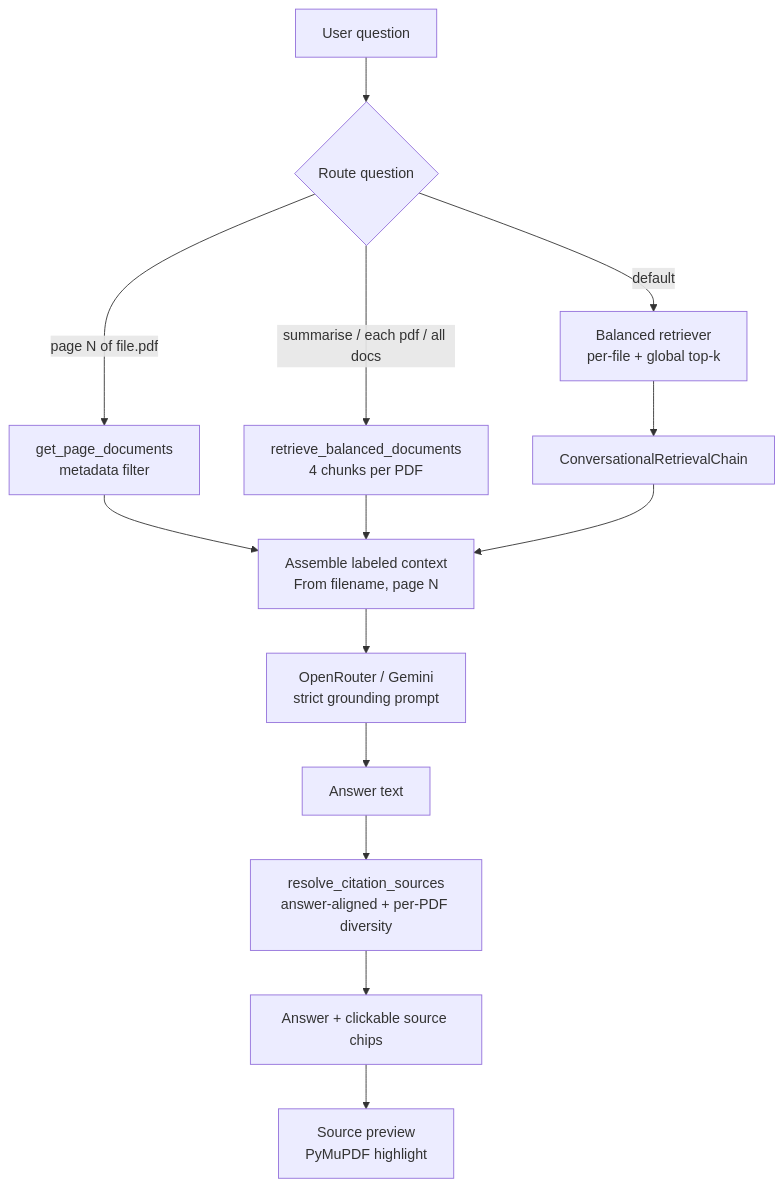
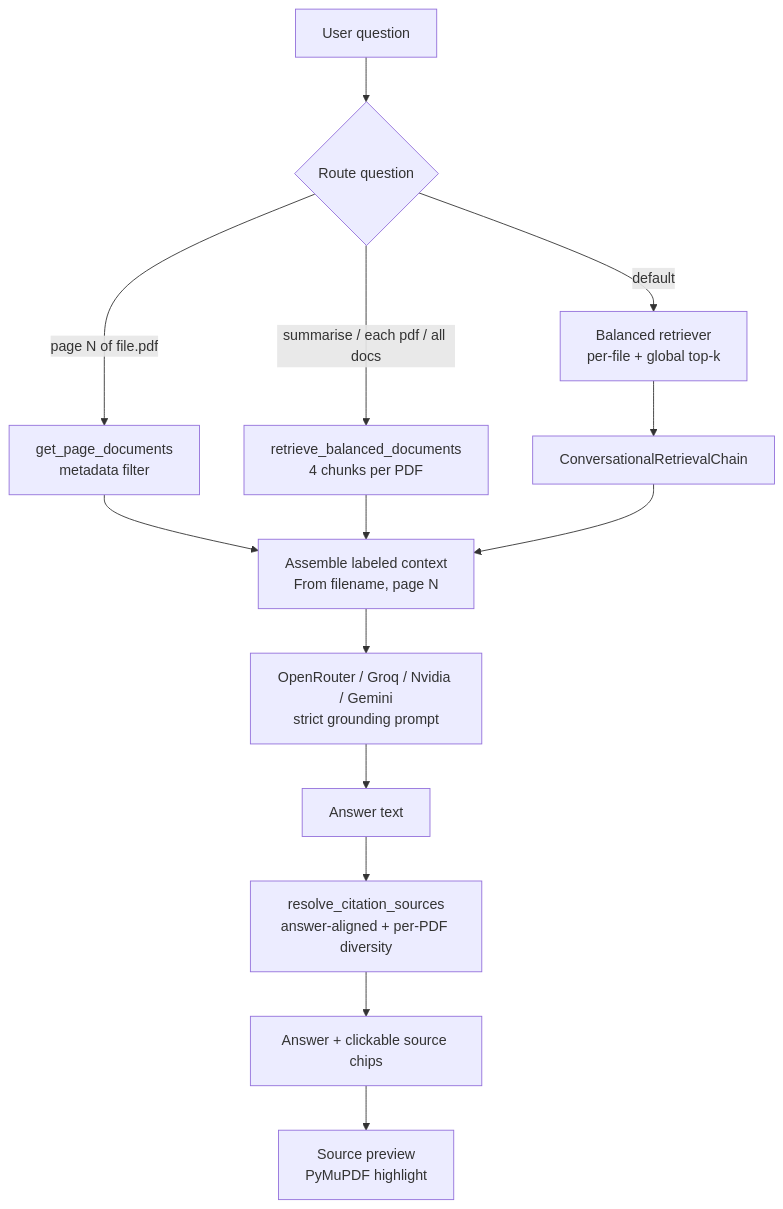
One commit to Rutujadb/Multi-PDF-ChatBot changed the third of 3 diagrams in docs/DESIGN.md. Above: the diagram before and after it, drawn with Mermaid. The commit also changed other lines of this file and 2 other files, not shown here.

````diff
--- a/docs/DESIGN.md
+++ b/docs/DESIGN.md
@@ -163,19 +163,19 @@
 ```mermaid
 flowchart TB
     Q[User question] --> R{Route question}
 
     R -->|page N of file.pdf| P[get_page_documents\nmetadata filter]
     R -->|summarise / each pdf / all docs| M[retrieve_balanced_documents\n4 chunks per PDF]
     R -->|default| B[Balanced retriever\nper-file + global top-k]
 
     P --> CTX[Assemble labeled context\nFrom filename, page N]
     M --> CTX
     B --> CH[ConversationalRetrievalChain]
     CH --> CTX
 
-    CTX --> LLM[OpenRouter / Gemini\nstrict grounding prompt]
+    CTX --> LLM[OpenRouter / Groq / Nvidia / Gemini\nstrict grounding prompt]
     LLM --> ANS[Answer text]
     ANS --> CIT[resolve_citation_sources\nanswer-aligned + per-PDF diversity]
     CIT --> UI[Answer + clickable source chips]
     UI --> PV[Source preview\nPyMuPDF highlight]
 ```
````
